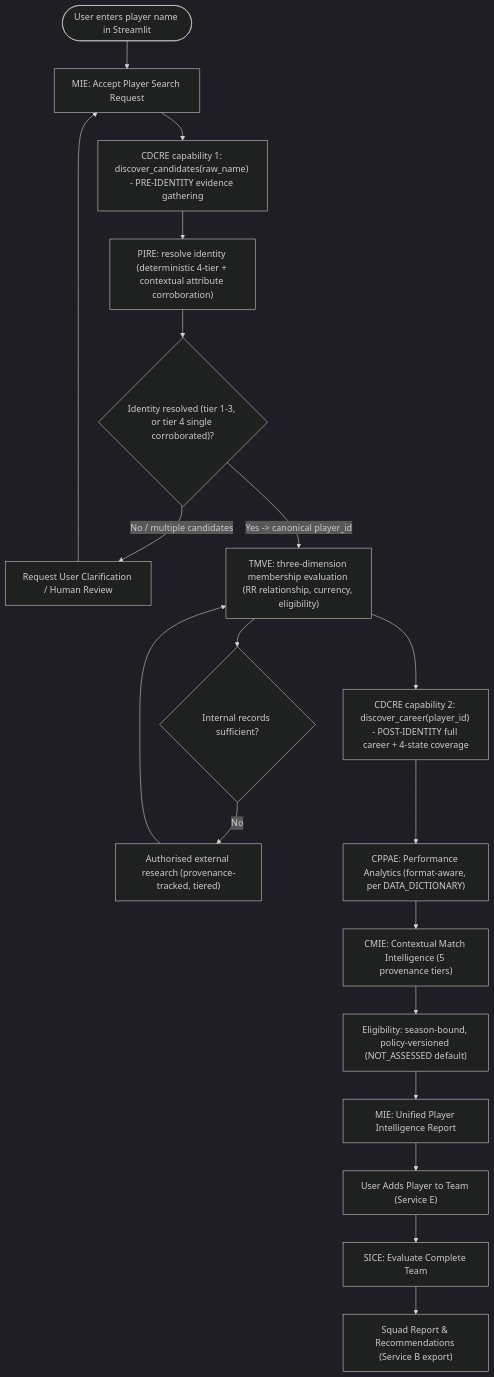
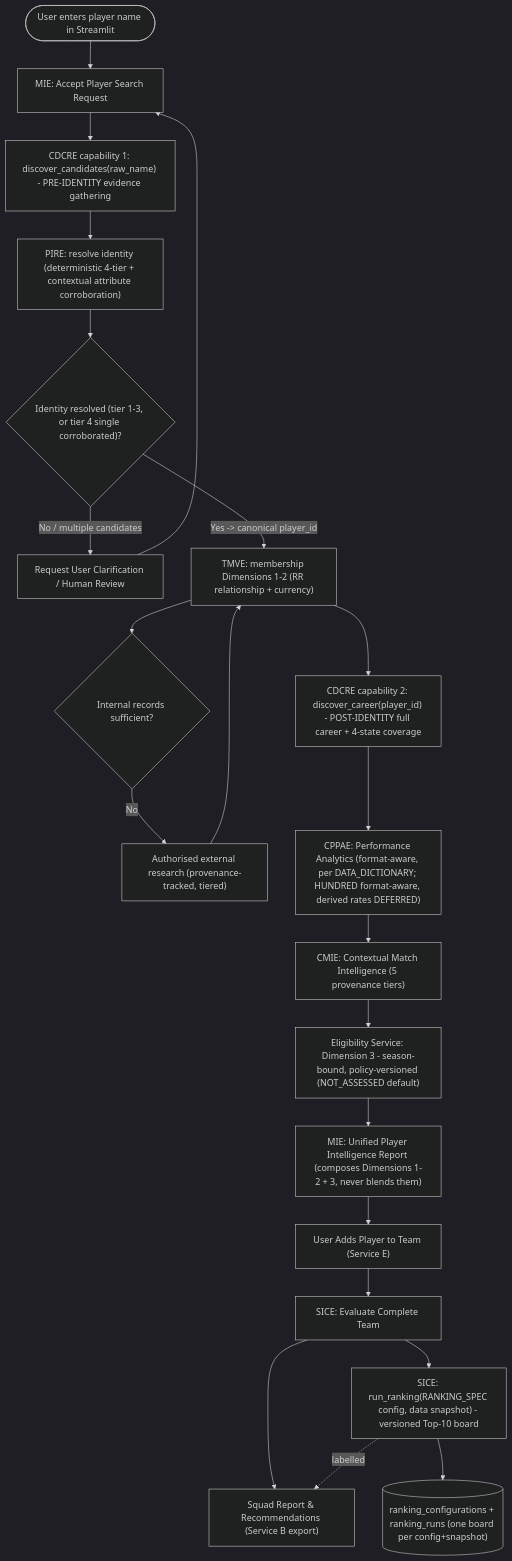
The second of 10 diagrams in docs/ARCHITECTURE.md (Subhadip-Paul2006/IPL_Team), drawn with Mermaid (dark theme) before and after one commit. The commit also changed other lines of this file, not shown here.

Commit message:
docs(architecture): v2.1.1 — 33-entity DDL-mirrored ERD, MIE sequence, and TMVE Option B alignment

````diff
--- a/docs/ARCHITECTURE.md
+++ b/docs/ARCHITECTURE.md
@@ -151,24 +164,27 @@
 ```mermaid
 flowchart TD
     Start(["User enters player name in Streamlit"]) --> MIE_Accept["MIE: Accept Player Search Request"]
     MIE_Accept --> CandiDisc["CDCRE capability 1: discover_candidates(raw_name) - PRE-IDENTITY evidence gathering"]
     CandiDisc --> PIRE_Run["PIRE: resolve identity (deterministic 4-tier + contextual attribute corroboration)"]
     PIRE_Run --> PIRE_Res{"Identity resolved (tier 1-3, or tier 4 single corroborated)?"}
 
     PIRE_Res -- "No / multiple candidates" --> UserClarify["Request User Clarification / Human Review"]
     UserClarify --> MIE_Accept
 
-    PIRE_Res -- "Yes -> canonical player_id" --> TMVE_Run["TMVE: three-dimension membership evaluation (RR relationship, currency, eligibility)"]
+    PIRE_Res -- "Yes -> canonical player_id" --> TMVE_Run["TMVE: membership Dimensions 1-2 (RR relationship + currency)"]
     TMVE_Run --> InternalSuf{"Internal records sufficient?"}
     InternalSuf -- "No" --> ExtResearch["Authorised external research (provenance-tracked, tiered)"]
     ExtResearch --> TMVE_Run
 
     TMVE_Run --> CDCRE_Career["CDCRE capability 2: discover_career(player_id) - POST-IDENTITY full career + 4-state coverage"]
-    CDCRE_Career --> CPPAE_Run["CPPAE: Performance Analytics (format-aware, per DATA_DICTIONARY)"]
+    CDCRE_Career --> CPPAE_Run["CPPAE: Performance Analytics (format-aware, per DATA_DICTIONARY; HUNDRED format-aware, derived rates DEFERRED)"]
     CPPAE_Run --> CMIE_Run["CMIE: Contextual Match Intelligence (5 provenance tiers)"]
-    CMIE_Run --> EligAssess["Eligibility: season-bound, policy-versioned (NOT_ASSESSED default)"]
-    EligAssess --> Unified["MIE: Unified Player Intelligence Report"]
+    CMIE_Run --> EligAssess["Eligibility Service: Dimension 3 - season-bound, policy-versioned (NOT_ASSESSED default)"]
+    EligAssess --> Unified["MIE: Unified Player Intelligence Report (composes Dimensions 1-2 + 3, never blends them)"]
     Unified --> AddTeam["User Adds Player to Team (Service E)"]
     AddTeam --> SICE_Run["SICE: Evaluate Complete Team"]
     SICE_Run --> SquadReport["Squad Report & Recommendations (Service B export)"]
+    SICE_Run --> RankRun["SICE: run_ranking(RANKING_SPEC config, data snapshot) - versioned Top-10 board"]
+    RankRun --> RankStore[("ranking_configurations + ranking_runs (one board per config+snapshot)")]
+    RankRun -.->|labelled| SquadReport
 ```
````
